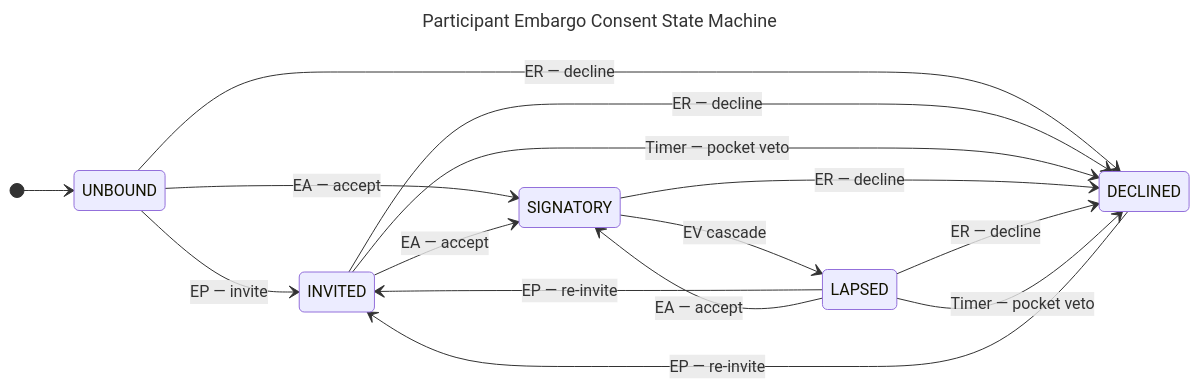
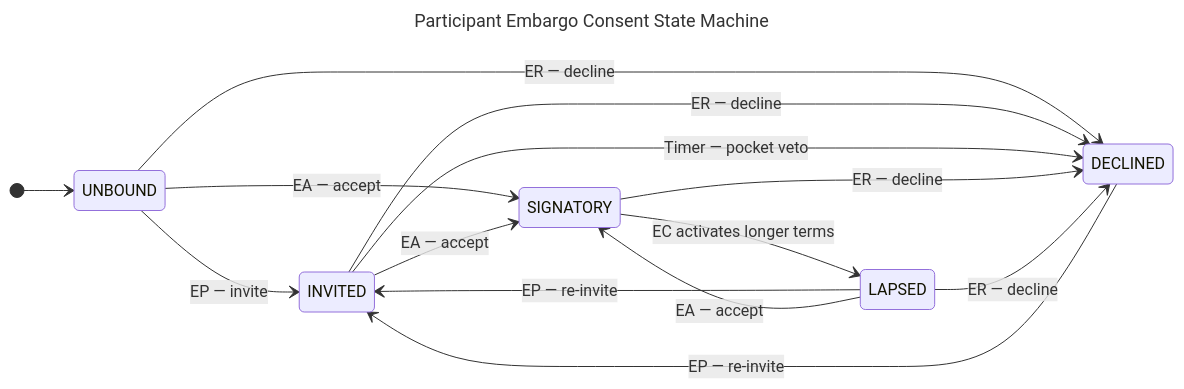
Before and after one commit to CERTCC/Vultron: the diagram in docs/topics/process_models/em/pec_state_machine_diagram.md, drawn with Mermaid. The commit also changed 14 other files, not shown here.

````diff
--- a/docs/topics/process_models/em/pec_state_machine_diagram.md
+++ b/docs/topics/process_models/em/pec_state_machine_diagram.md
@@ -1,21 +1,20 @@
 ```mermaid
 ---
 title: Participant Embargo Consent State Machine
 ---
 stateDiagram-v2
     direction LR
     [*] --> UNBOUND
     UNBOUND --> INVITED: EP — invite
     UNBOUND --> SIGNATORY: EA — accept
     UNBOUND --> DECLINED: ER — decline
     INVITED --> SIGNATORY: EA — accept
     INVITED --> DECLINED: ER — decline
     INVITED --> DECLINED: Timer — pocket veto
-    SIGNATORY --> LAPSED: EV cascade
+    SIGNATORY --> LAPSED: EC activates longer terms
     SIGNATORY --> DECLINED: ER — decline
     LAPSED --> INVITED: EP — re-invite
     LAPSED --> SIGNATORY: EA — accept
     LAPSED --> DECLINED: ER — decline
-    LAPSED --> DECLINED: Timer — pocket veto
     DECLINED --> INVITED: EP — re-invite
 ```
````
